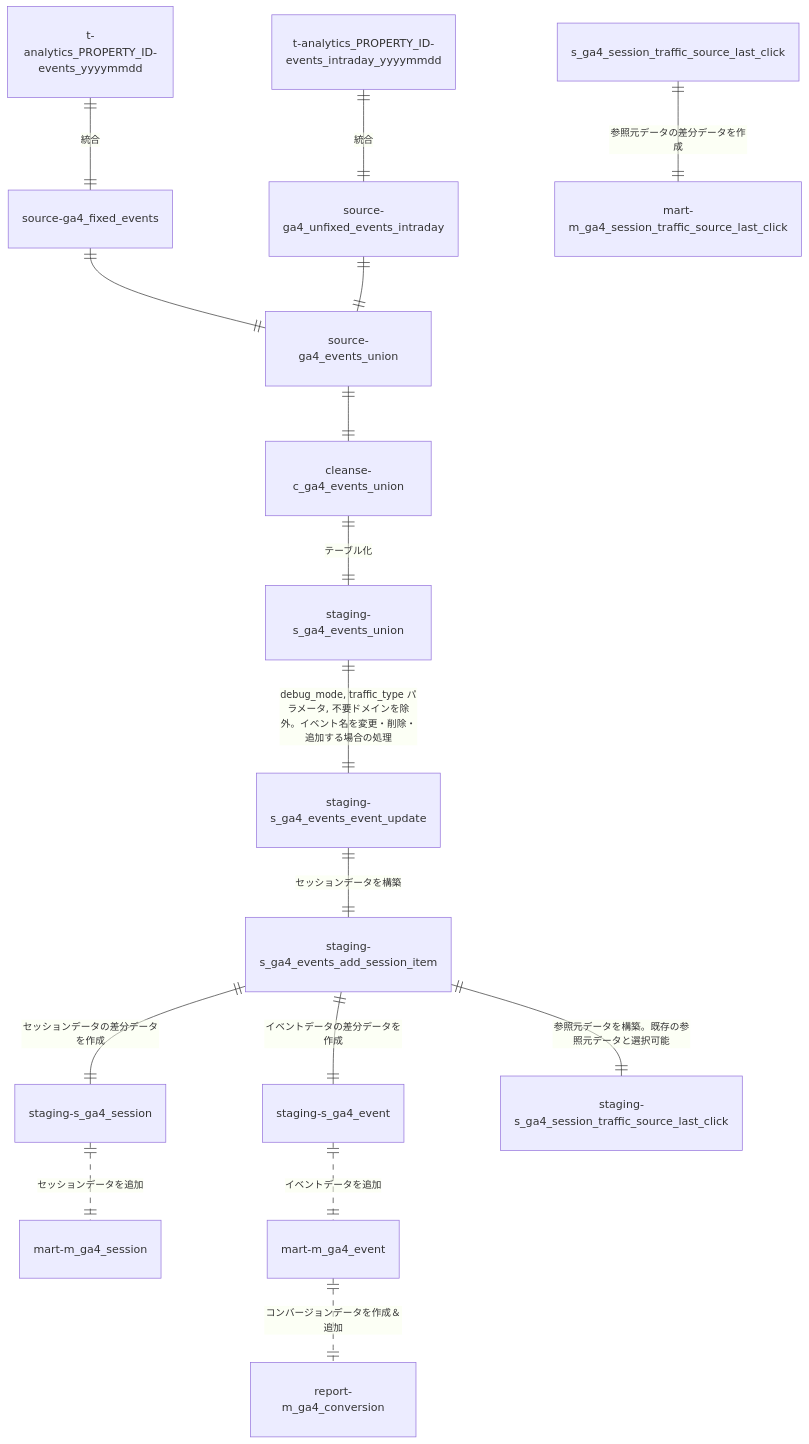
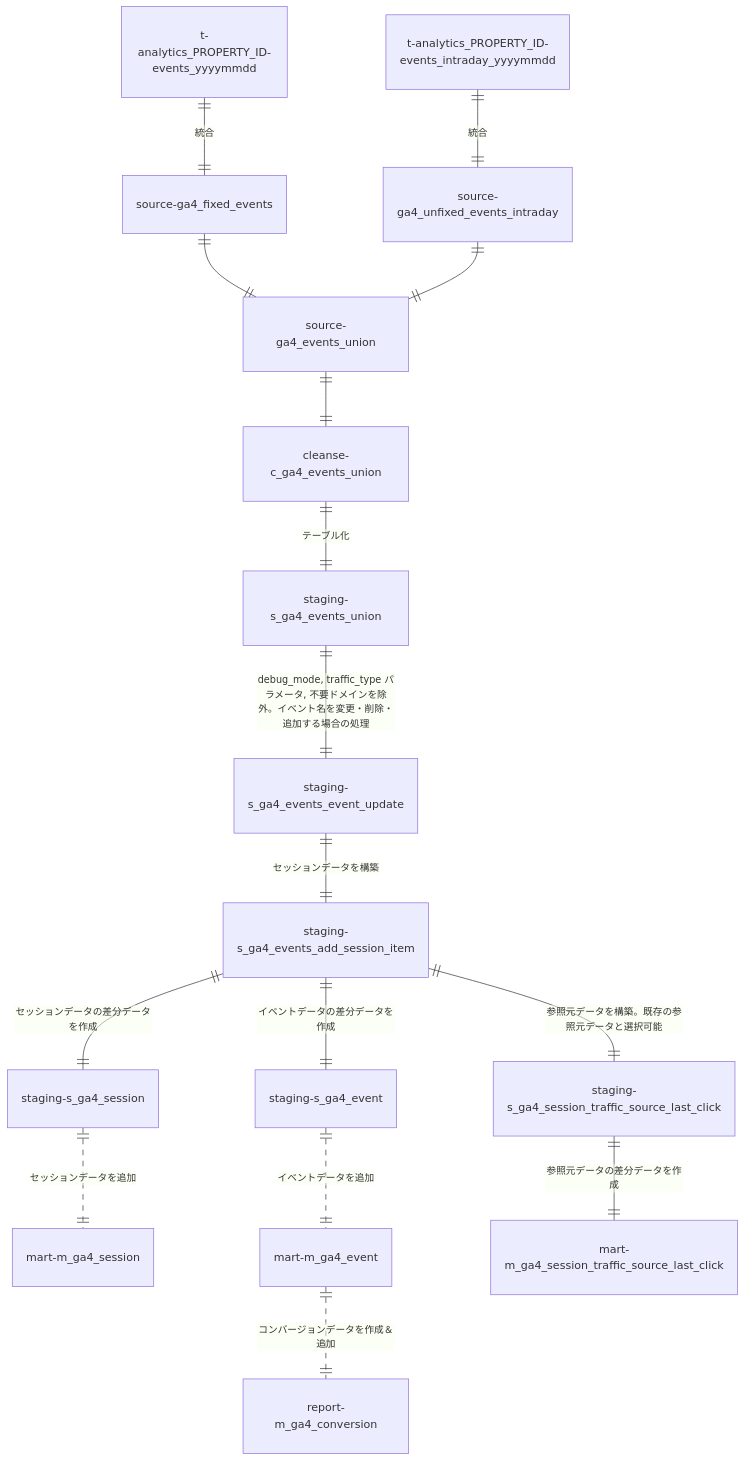
Before and after one commit to MondayTiger/molts_ga4: the diagram in README.md, drawn with Mermaid. The commit also changed other lines of this file, not shown here.

````diff
--- a/README.md
+++ b/README.md
@@ -46,35 +46,35 @@
 ```mermaid
 erDiagram
 		%% GA4のイベントデータからソースデータを構築
     t-analytics_PROPERTY_ID-events_yyyymmdd ||--|| source-ga4_fixed_events : "統合"
     t-analytics_PROPERTY_ID-events_intraday_yyyymmdd ||--|| source-ga4_unfixed_events_intraday : "統合"
     source-ga4_fixed_events ||--|| source-ga4_events_union : ""
     source-ga4_unfixed_events_intraday ||--|| source-ga4_events_union : ""
 
 		%% ソースデータをクレンジング
     source-ga4_events_union ||--|| cleanse-c_ga4_events_union : ""
 
 		%% クレンジングしたデータ量が多すぎるのと、後続の処理が複雑でBigQuery上で処理できないため、テーブル化
     cleanse-c_ga4_events_union ||--|| staging-s_ga4_events_union : "テーブル化"
 
 		%% 内部アクセスを除外、イベント名を変更・削除・追加する場合の処理
     staging-s_ga4_events_union ||--|| staging-s_ga4_events_event_update : "debug_mode, traffic_type パラメータ, 不要ドメインを除外。イベント名を変更・削除・追加する場合の処理"
 
 		%% 参照元やエンゲージメントなどセッションデータを構築
     staging-s_ga4_events_event_update ||--|| staging-s_ga4_events_add_session_item : "セッションデータを構築"
 
 		%% 各データマートに追加する差分データを構築
     staging-s_ga4_events_add_session_item ||--|| staging-s_ga4_session : "セッションデータの差分データを作成"
     staging-s_ga4_events_add_session_item ||--|| staging-s_ga4_event : "イベントデータの差分データを作成"
 
         %% session_traffic_source_last_clickカラムから参照元データを別途作成
      staging-s_ga4_events_add_session_item ||--|| staging-s_ga4_session_traffic_source_last_click : "参照元データを構築。既存の参照元データと選択可能"
 
 		%% 蓄積済みの各データマートにデータを投入
     staging-s_ga4_session ||..|| mart-m_ga4_session : "セッションデータを追加"
     staging-s_ga4_event ||..|| mart-m_ga4_event : "イベントデータを追加"
-    s_ga4_session_traffic_source_last_click ||--|| mart-m_ga4_session_traffic_source_last_click : "参照元データの差分データを作成"
+    staging-s_ga4_session_traffic_source_last_click ||--|| mart-m_ga4_session_traffic_source_last_click : "参照元データの差分データを作成"
 
     %% コンバージョン用データマートにデータを投入
     mart-m_ga4_event||..|| report-m_ga4_conversion : "コンバージョンデータを作成＆追加"
 ```
````
